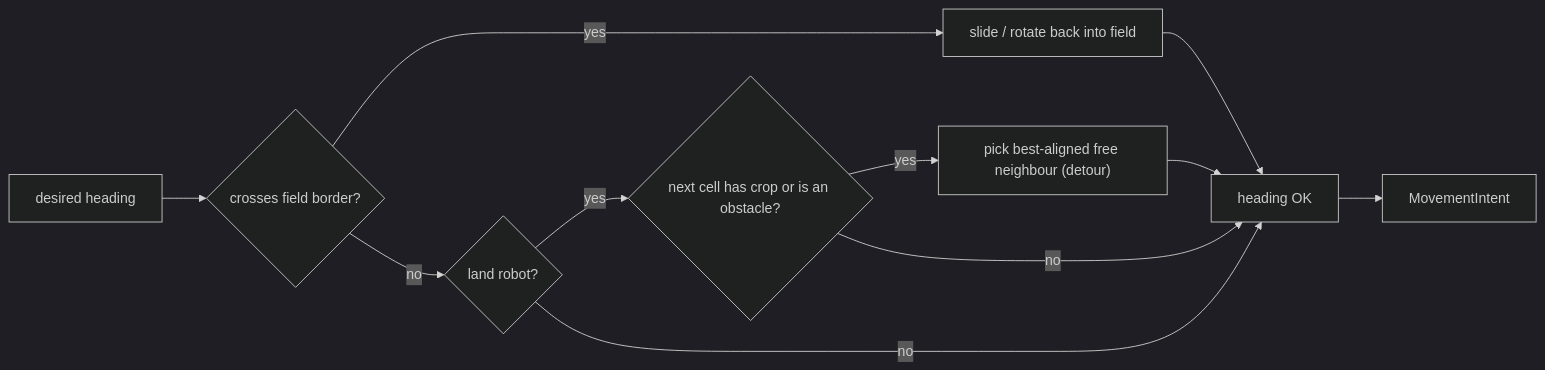
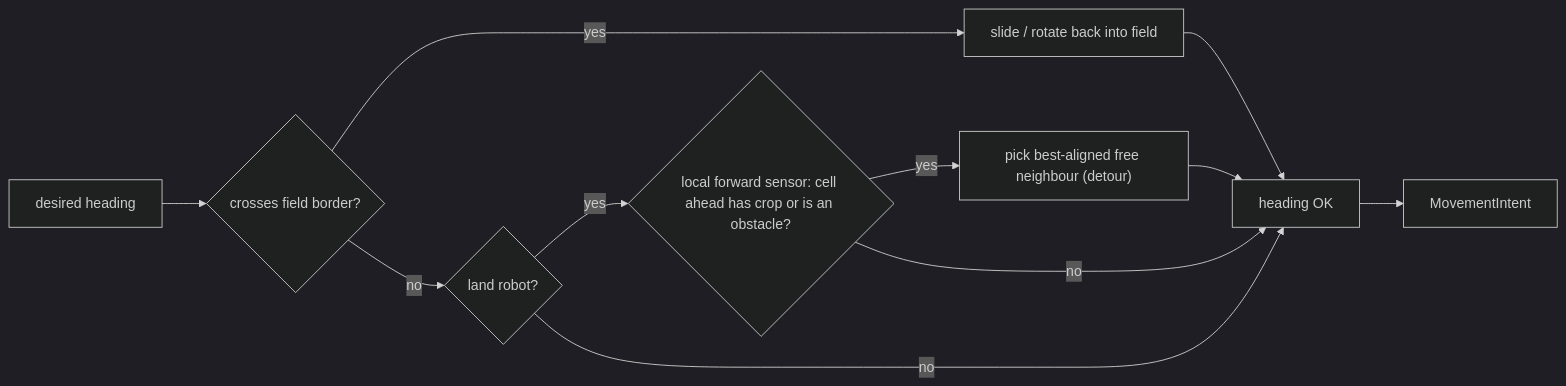
One commit to TychoGrapendaal/JIP_Swarm_Field changed the second of 8 diagrams in docs/navigation-module.md. Above: the diagram before and after it, drawn with Mermaid (dark theme). The commit also changed other lines of this file, not shown here.

````diff
--- a/docs/navigation-module.md
+++ b/docs/navigation-module.md
@@ -107,13 +116,13 @@
 ```mermaid
 flowchart LR
     H["desired heading"] --> B{"crosses field border?"}
     B -- "yes" --> TB["slide / rotate back into field"]
     B -- "no" --> C{"land robot?"}
-    C -- "yes" --> O{"next cell has crop or is an obstacle?"}
+    C -- "yes" --> O{"local forward sensor: cell ahead has crop or is an obstacle?"}
     O -- "yes" --> D["pick best-aligned free neighbour (detour)"]
     O -- "no" --> OK["heading OK"]
     C -- "no" --> OK
     TB --> OK
     D --> OK
     OK --> INT["MovementIntent"]
 ```
````
